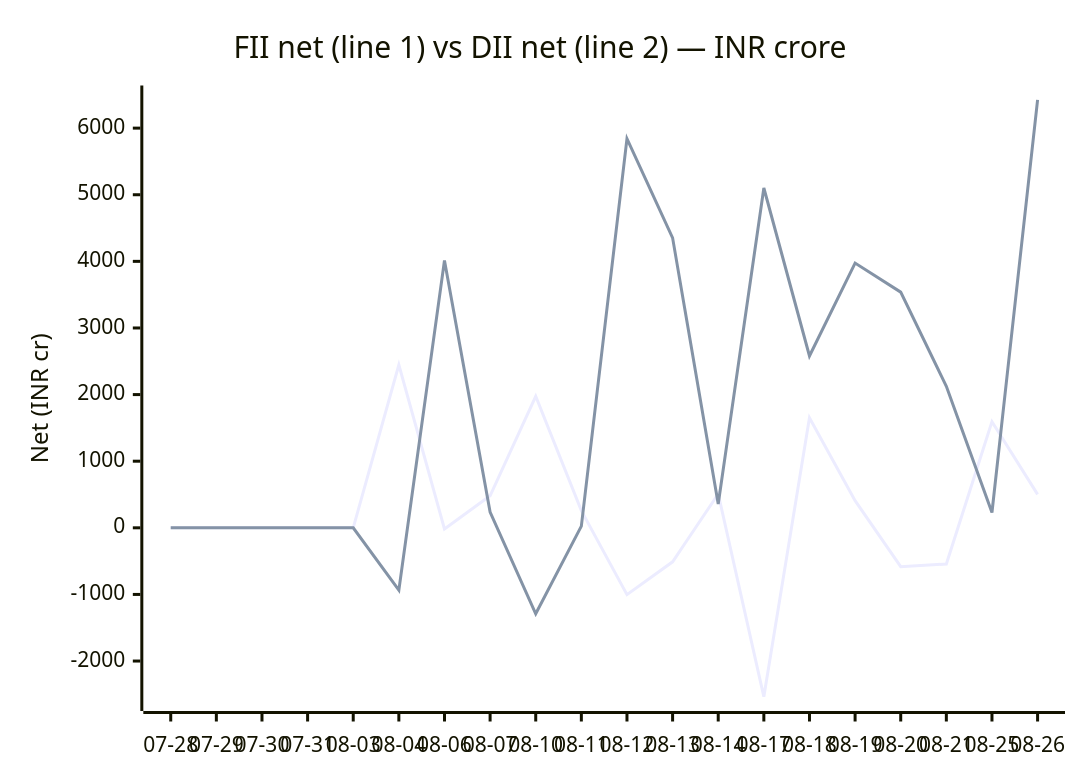
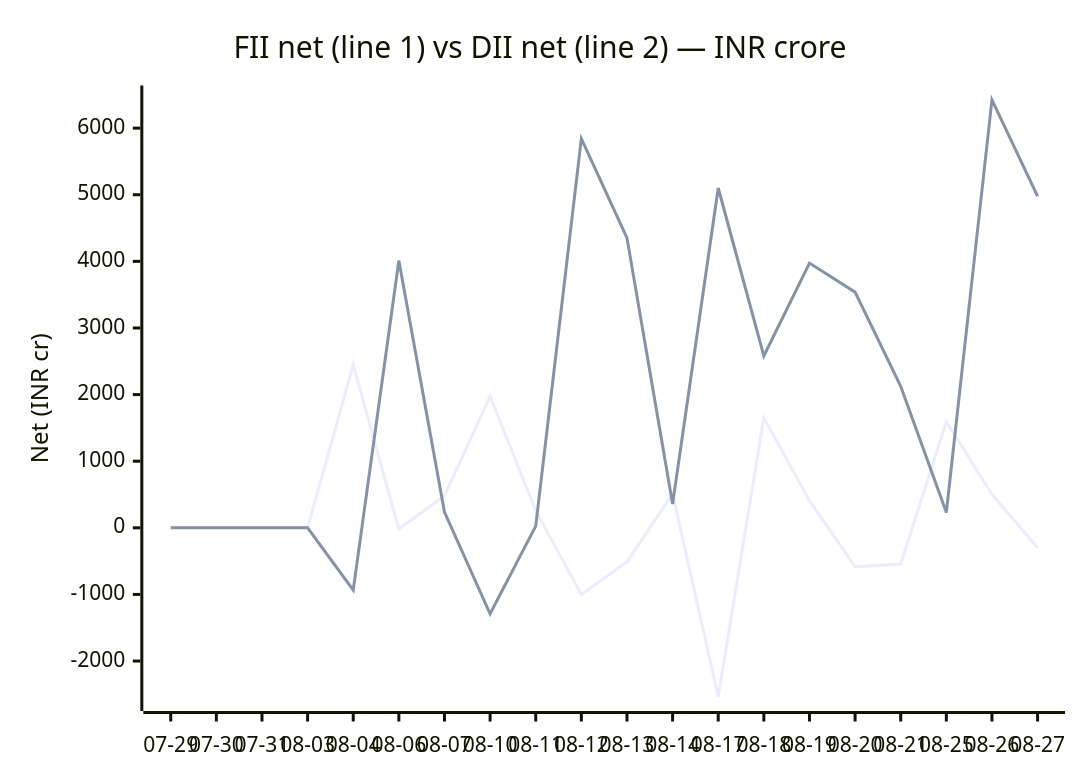
The second of 2 diagrams in README.md (chirag127/fii-dii-activity-api), drawn with Mermaid before and after one commit. The commit also changed 2 other files, not shown here.

Commit message:
data: scrape 2026-08-28

````diff
--- a/README.md
+++ b/README.md
@@ -53,8 +53,8 @@
 ```mermaid
 xychart-beta
     title "FII net (line 1) vs DII net (line 2) — INR crore"
-    x-axis ["07-28", "07-29", "07-30", "07-31", "08-03", "08-04", "08-06", "08-07", "08-10", "08-11", "08-12", "08-13", "08-14", "08-17", "08-18", "08-19", "08-20", "08-21", "08-25", "08-26"]
+    x-axis ["07-29", "07-30", "07-31", "08-03", "08-04", "08-06", "08-07", "08-10", "08-11", "08-12", "08-13", "08-14", "08-17", "08-18", "08-19", "08-20", "08-21", "08-25", "08-26", "08-27"]
     y-axis "Net (INR cr)" -2536 --> 6426
-    line [0, 0, 0, 0, 0, 2446.47, -17.86, 480.24, 1974.76, 258.55, -1002.5, -510.69, 508.12, -2535.1, 1651.53, 407.99, -583.36, -542.71, 1593.53, 502.63]
-    line [0, 0, 0, 0, 0, -936.14, 4013.6, 235.56, -1290.29, 24.77, 5841.66, 4353.09, 356.4, 5101.46, 2579.31, 3973.72, 3537.71, 2124.14, 230.26, 6425.16]
+    line [0, 0, 0, 0, 2446.47, -17.86, 480.24, 1974.76, 258.55, -1002.5, -510.69, 508.12, -2535.1, 1651.53, 407.99, -583.36, -542.71, 1593.53, 502.63, -298.26]
+    line [0, 0, 0, 0, -936.14, 4013.6, 235.56, -1290.29, 24.77, 5841.66, 4353.09, 356.4, 5101.46, 2579.31, 3973.72, 3537.71, 2124.14, 230.26, 6425.16, 4977.17]
 ```
````
